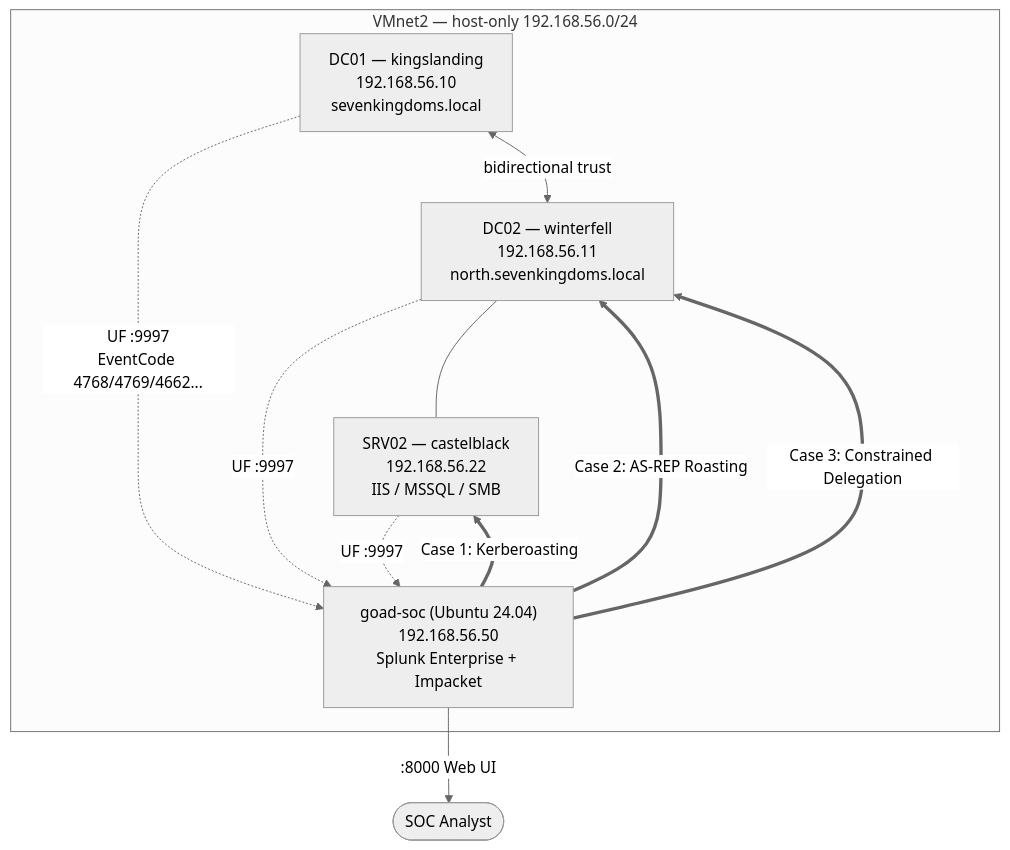
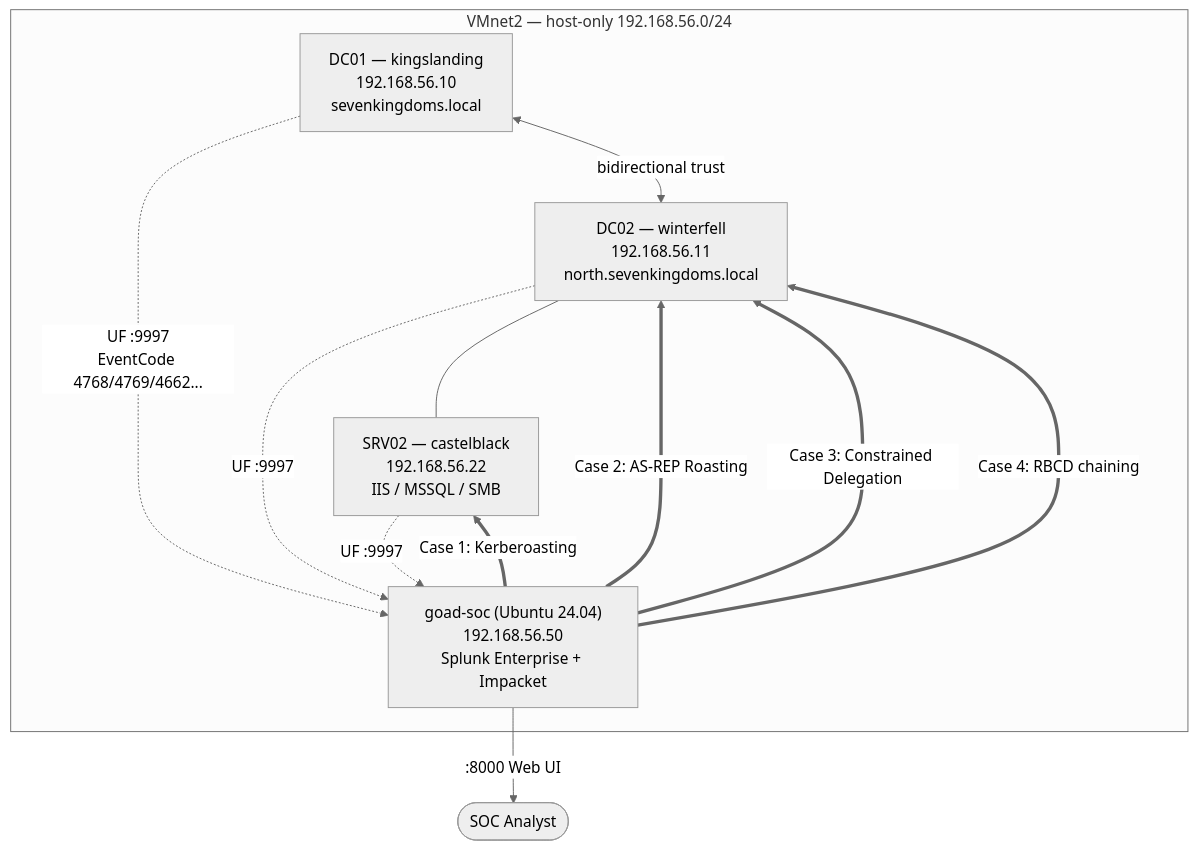
One commit to Kuyenda18/goad-splunk-soc-lab changed the diagram in 00-overview-lab-setup.md. Above: the diagram before and after it, drawn with Mermaid (neutral theme). The commit also changed other lines of this file and 6 other files, not shown here.

First line of the commit message:
Add Case 4 — Constrained Delegation without Protocol Transition (RBCD chaining)

````diff
--- a/00-overview-lab-setup.md
+++ b/00-overview-lab-setup.md
@@ -44,22 +44,23 @@
 ```mermaid
 flowchart TB
     subgraph LAN["VMnet2 — host-only 192.168.56.0/24"]
         DC01["DC01 — kingslanding<br/>192.168.56.10<br/>sevenkingdoms.local"]
         DC02["DC02 — winterfell<br/>192.168.56.11<br/>north.sevenkingdoms.local"]
         SRV02["SRV02 — castelblack<br/>192.168.56.22<br/>IIS / MSSQL / SMB"]
         SOC["goad-soc (Ubuntu 24.04)<br/>192.168.56.50<br/>Splunk Enterprise + Impacket"]
     end
 
     DC01 <-->|bidirectional trust| DC02
     DC02 --- SRV02
 
     DC01 -.->|"UF :9997<br/>EventCode 4768/4769/4662..."| SOC
     DC02 -.->|"UF :9997"| SOC
     SRV02 -.->|"UF :9997"| SOC
 
     SOC ==>|"Case 1: Kerberoasting"| SRV02
     SOC ==>|"Case 2: AS-REP Roasting"| DC02
     SOC ==>|"Case 3: Constrained Delegation"| DC02
+    SOC ==>|"Case 4: RBCD chaining"| DC02
 
     SOC -->|":8000 Web UI"| Analyst(["SOC Analyst"])
 ```
````
